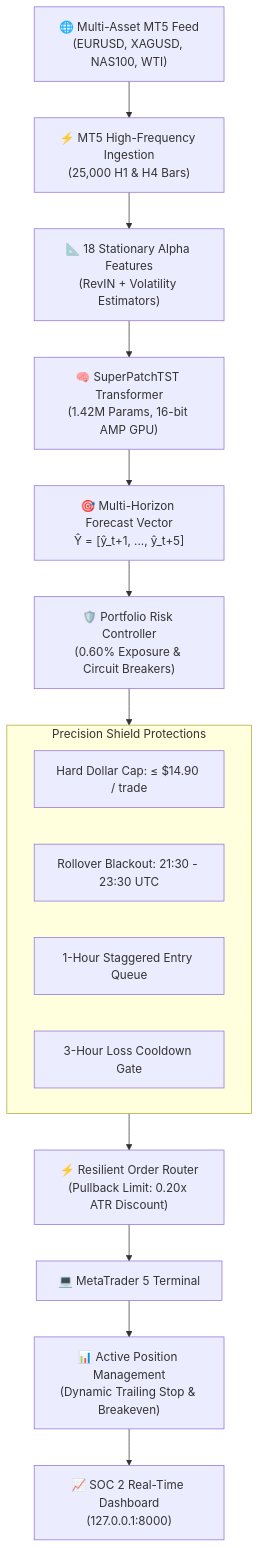
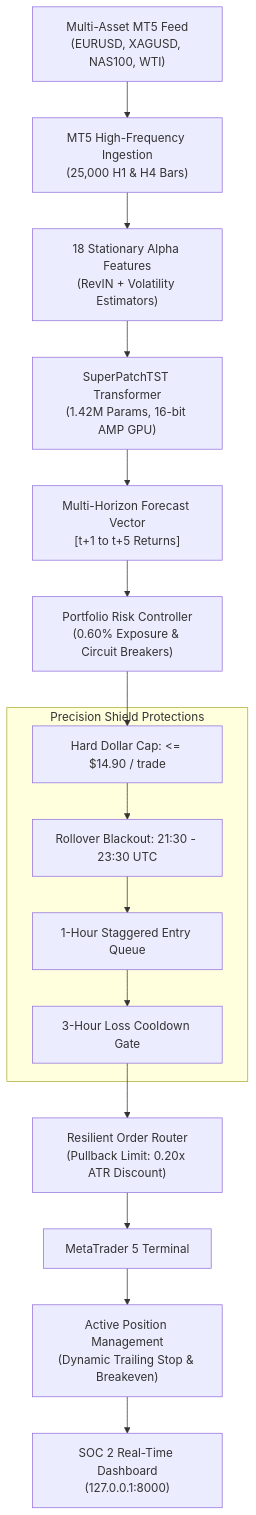
One commit to ElMoorish/AetherQuant-MT5 changed the second of 3 diagrams in docs/WHITE_PAPER.md. Above: the diagram before and after it, drawn with Mermaid. The commit also changed other lines of this file and 1 other file, not shown here.

Commit message:
docs: Fix Mermaid flowchart syntax with strict node-to-node routing and standard labels

````diff
--- a/docs/WHITE_PAPER.md
+++ b/docs/WHITE_PAPER.md
@@ -64,21 +64,20 @@
 ```mermaid
 flowchart TD
-    Market["🌐 Multi-Asset MT5 Feed<br/>(EURUSD, XAGUSD, NAS100, WTI)"] --> Ingestion["⚡ MT5 High-Frequency Ingestion<br/>(25,000 H1 & H4 Bars)"]
-    Ingestion --> FeatureEngine["📐 18 Stationary Alpha Features<br/>(RevIN + Volatility Estimators)"]
-    FeatureEngine --> SuperPatchTST["🧠 SuperPatchTST Transformer<br/>(1.42M Params, 16-bit AMP GPU)"]
-    SuperPatchTST --> Signals["🎯 Multi-Horizon Forecast Vector<br/>Ŷ = [ŷ_t+1, ..., ŷ_t+5]"]
-    Signals --> RiskController["🛡️ Portfolio Risk Controller<br/>(0.60% Exposure & Circuit Breakers)"]
+    Market["Multi-Asset MT5 Feed<br/>(EURUSD, XAGUSD, NAS100, WTI)"] --> Ingestion["MT5 High-Frequency Ingestion<br/>(25,000 H1 & H4 Bars)"]
+    Ingestion --> FeatureEngine["18 Stationary Alpha Features<br/>(RevIN + Volatility Estimators)"]
+    FeatureEngine --> SuperPatchTST["SuperPatchTST Transformer<br/>(1.42M Params, 16-bit AMP GPU)"]
+    SuperPatchTST --> Signals["Multi-Horizon Forecast Vector<br/>[t+1 to t+5 Returns]"]
+    Signals --> RiskController["Portfolio Risk Controller<br/>(0.60% Exposure & Circuit Breakers)"]
     
     subgraph PrecisionShield ["Precision Shield Protections"]
-        HardCap["Hard Dollar Cap: ≤ $14.90 / trade"]
-        Rollover["Rollover Blackout: 21:30 - 23:30 UTC"]
-        Stagger["1-Hour Staggered Entry Queue"]
-        Cooldown["3-Hour Loss Cooldown Gate"]
+        HardCap["Hard Dollar Cap: <= $14.90 / trade"] --> Rollover["Rollover Blackout: 21:30 - 23:30 UTC"]
+        Rollover --> Stagger["1-Hour Staggered Entry Queue"]
+        Stagger --> Cooldown["3-Hour Loss Cooldown Gate"]
     end
     
-    RiskController --> PrecisionShield
-    PrecisionShield --> OrderRouter["⚡ Resilient Order Router<br/>(Pullback Limit: 0.20x ATR Discount)"]
-    OrderRouter --> MT5Terminal["💻 MetaTrader 5 Terminal"]
-    MT5Terminal --> LivePositions["📊 Active Position Management<br/>(Dynamic Trailing Stop & Breakeven)"]
-    LivePositions --> Dashboard["📈 SOC 2 Real-Time Dashboard<br/>(127.0.0.1:8000)"]
+    RiskController --> HardCap
+    Cooldown --> OrderRouter["Resilient Order Router<br/>(Pullback Limit: 0.20x ATR Discount)"]
+    OrderRouter --> MT5Terminal["MetaTrader 5 Terminal"]
+    MT5Terminal --> LivePositions["Active Position Management<br/>(Dynamic Trailing Stop & Breakeven)"]
+    LivePositions --> Dashboard["SOC 2 Real-Time Dashboard<br/>(127.0.0.1:8000)"]
 ```
````
